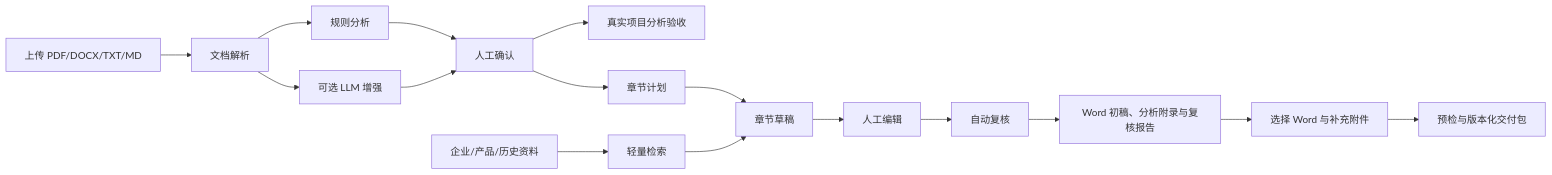
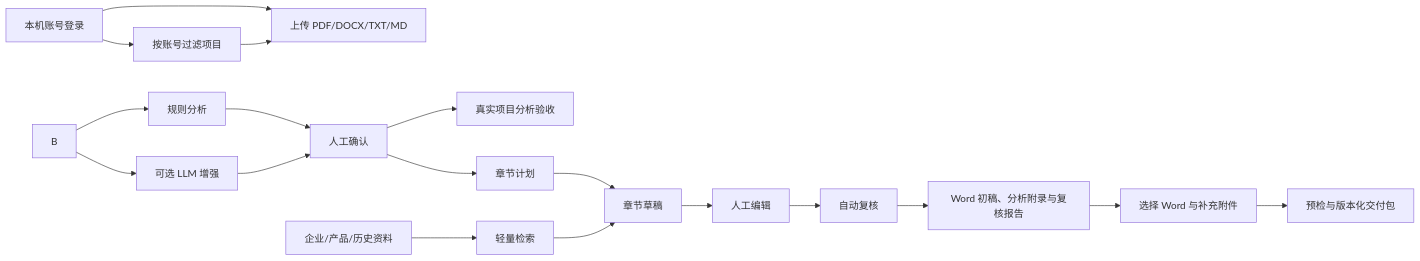
Before and after one commit to Derr1ckwy/bid-assistant-mvp: the diagram in 实施方案与项目路径.md, drawn with Mermaid. The commit also changed other lines of this file and 13 other files, not shown here.

````diff
--- a/实施方案与项目路径.md
+++ b/实施方案与项目路径.md
@@ -64,18 +66,20 @@
 ```mermaid
 flowchart LR
-    A[上传 PDF/DOCX/TXT/MD] --> B[文档解析]
+    Z[本机账号登录] --> A[上传 PDF/DOCX/TXT/MD]
+    Z --> P[按账号过滤项目]
+    P --> A
     B --> C[规则分析]
     B --> D[可选 LLM 增强]
     C --> E[人工确认]
     D --> E
     E --> O[真实项目分析验收]
     F[企业/产品/历史资料] --> G[轻量检索]
     E --> H[章节计划]
     G --> I[章节草稿]
     H --> I
     I --> J[人工编辑]
     J --> K[自动复核]
     K --> L[Word 初稿、分析附录与复核报告]
     L --> M[选择 Word 与补充附件]
     M --> N[预检与版本化交付包]
 ```
````
